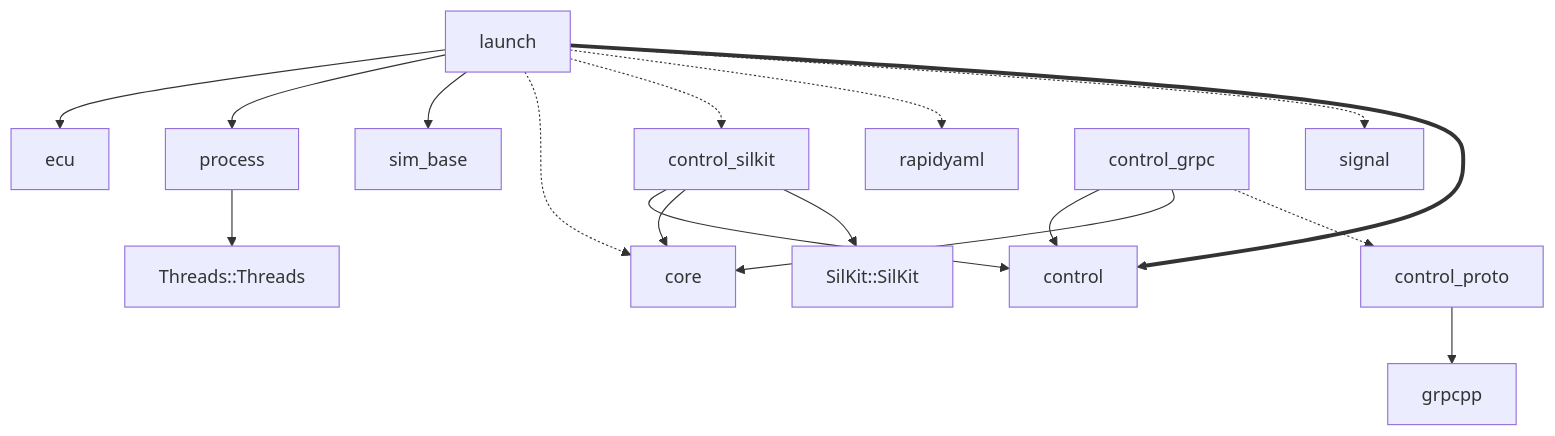
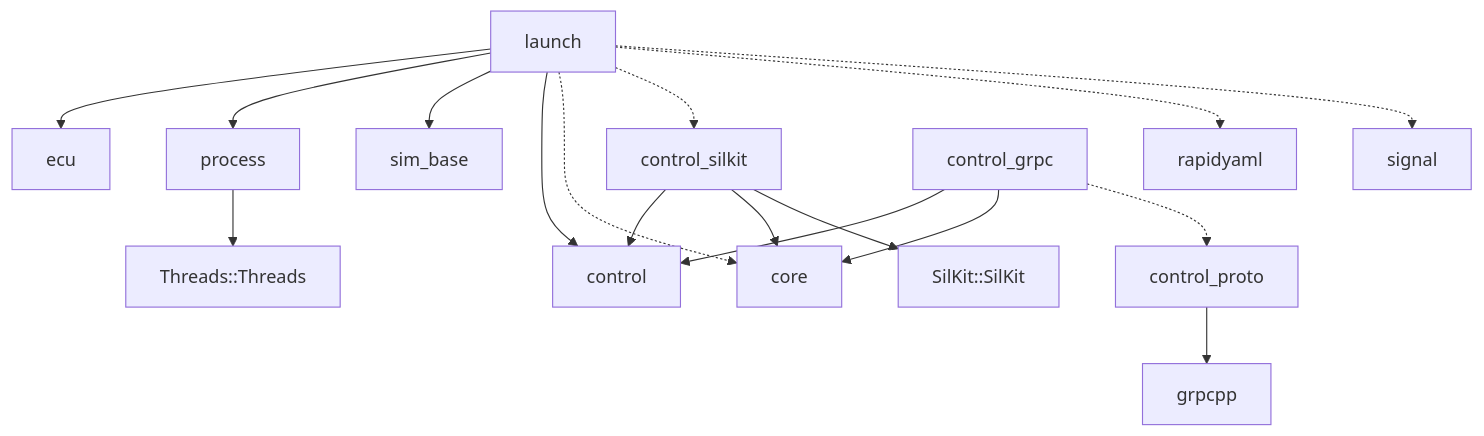
Before and after one commit to rahanahu/vehicle-sil: the sixth of 8 diagrams in docs/code-map.md, drawn with Mermaid. The commit also changed other lines of this file and 2 other files, not shown here.

First line of the commit message:
build(launch): link launch to control publicly

````diff
--- a/docs/code-map.md
+++ b/docs/code-map.md
@@ -1328,19 +1327,19 @@
 ```mermaid
 flowchart TD
     launch --> ecu
     launch --> process
     launch --> sim_base
+    launch --> control
     launch -.-> core
     launch -.-> control_silkit
     launch -.-> rapidyaml
     launch -.-> signal
-    launch ==> control
     process --> Threads["Threads::Threads"]
     control_silkit --> control
     control_silkit --> core
     control_silkit --> SilKit["SilKit::SilKit"]
     control_grpc --> control
     control_grpc --> core
     control_grpc -.-> control_proto
     control_proto --> grpcpp
 ```
````
